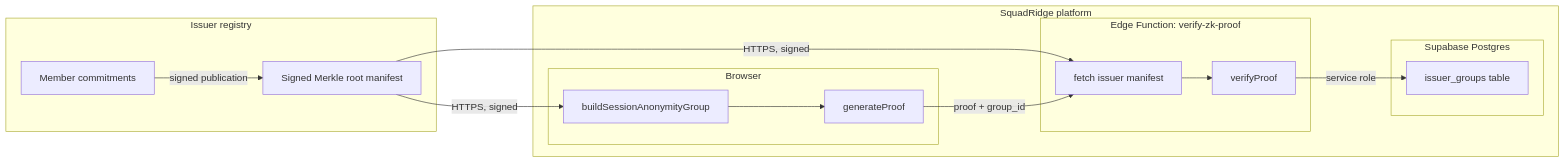
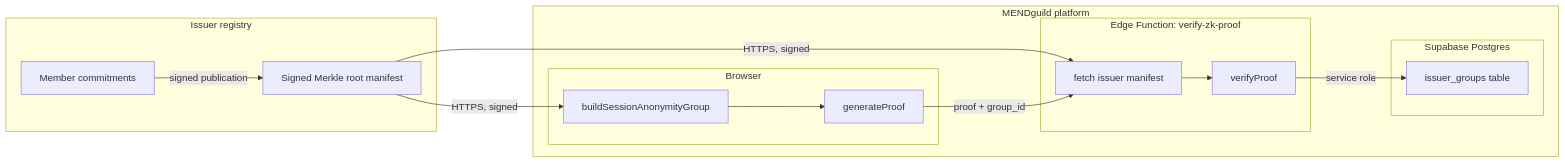
The diagram in docs/technical/rfc-issuer-managed-anonymity-group.md (brass4698-coder/squadridge-v1), drawn with Mermaid before and after one commit. The commit also changed other lines of this file and 191 other files, not shown here.

````diff
--- a/docs/technical/rfc-issuer-managed-anonymity-group.md
+++ b/docs/technical/rfc-issuer-managed-anonymity-group.md
@@ -55,27 +55,27 @@
 ```mermaid
 flowchart LR
   subgraph issuer [Issuer registry]
     I1[Member commitments]
     I2[Signed Merkle root manifest]
   end
-  subgraph platform [SquadRidge platform]
+  subgraph platform [MENDguild platform]
     subgraph client [Browser]
       C1[buildSessionAnonymityGroup]
       C2[generateProof]
     end
     subgraph edge [Edge Function: verify-zk-proof]
       E1[fetch issuer manifest]
       E2[verifyProof]
     end
     subgraph db [Supabase Postgres]
       D1[issuer_groups table]
     end
   end
   I1 -->|signed publication| I2
   I2 -->|HTTPS, signed| C1
   I2 -->|HTTPS, signed| E1
   C1 --> C2
   C2 -->|"proof + group_id"| E1
   E1 --> E2
   E2 -->|service role| D1
 ```
````
